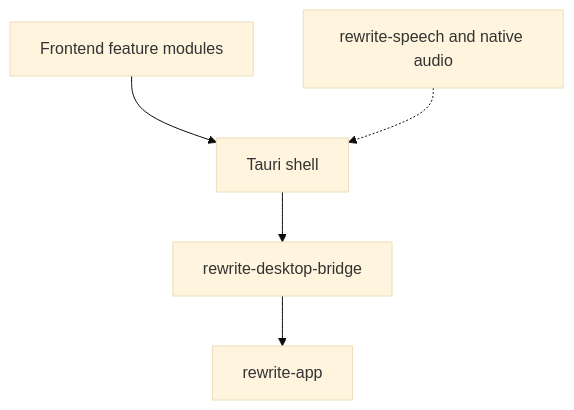
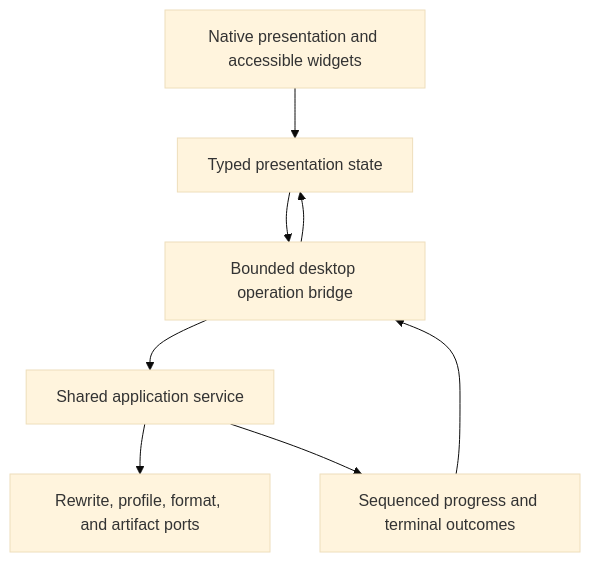
Before and after one commit to blisspixel/retonr: the diagram in docs/planning/0.8-desktop.md, drawn with Mermaid (base theme). The commit also changed other lines of this file and 52 other files, not shown here.

Commit message:
Define reference-grade roadmap and evaluation corpus

````diff
--- a/docs/planning/0.8-desktop.md
+++ b/docs/planning/0.8-desktop.md
@@ -45,7 +49,10 @@
 ```mermaid
 flowchart TD
-    Frontend["Frontend feature modules"] --> Shell["Tauri shell"]
-    Shell --> Bridge["rewrite-desktop-bridge"]
-    Bridge --> App["rewrite-app"]
-    Deferred["rewrite-speech and native audio"] -.-> Shell
+    View["Native presentation and accessible widgets"] --> State["Typed presentation state"]
+    State --> Bridge["Bounded desktop operation bridge"]
+    Bridge --> App["Shared application service"]
+    App --> Domain["Rewrite, profile, format, and artifact ports"]
+    App --> Events["Sequenced progress and terminal outcomes"]
+    Events --> Bridge
+    Bridge --> State
 ```
````
